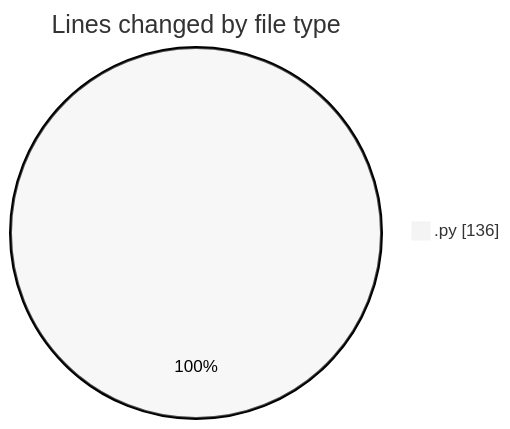
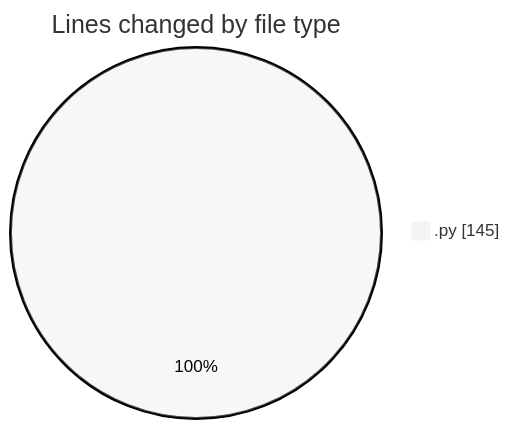
The first of 2 diagrams in 2025-04-20/myws__workspace_/README.md (MatusMokan/code-tracking), drawn with Mermaid (neutral theme) before and after one commit. The commit also changed other lines of this file and 1 other file, not shown here.

````diff
--- a/2025-04-20/myws__workspace_/README.md
+++ b/2025-04-20/myws__workspace_/README.md
@@ -21,5 +21,5 @@
 ```mermaid
 pie showData
 title Lines changed by file type
-".py" : 136
+".py" : 145
 ```
````
